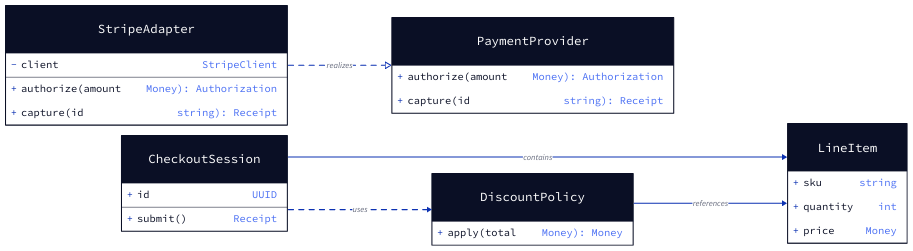
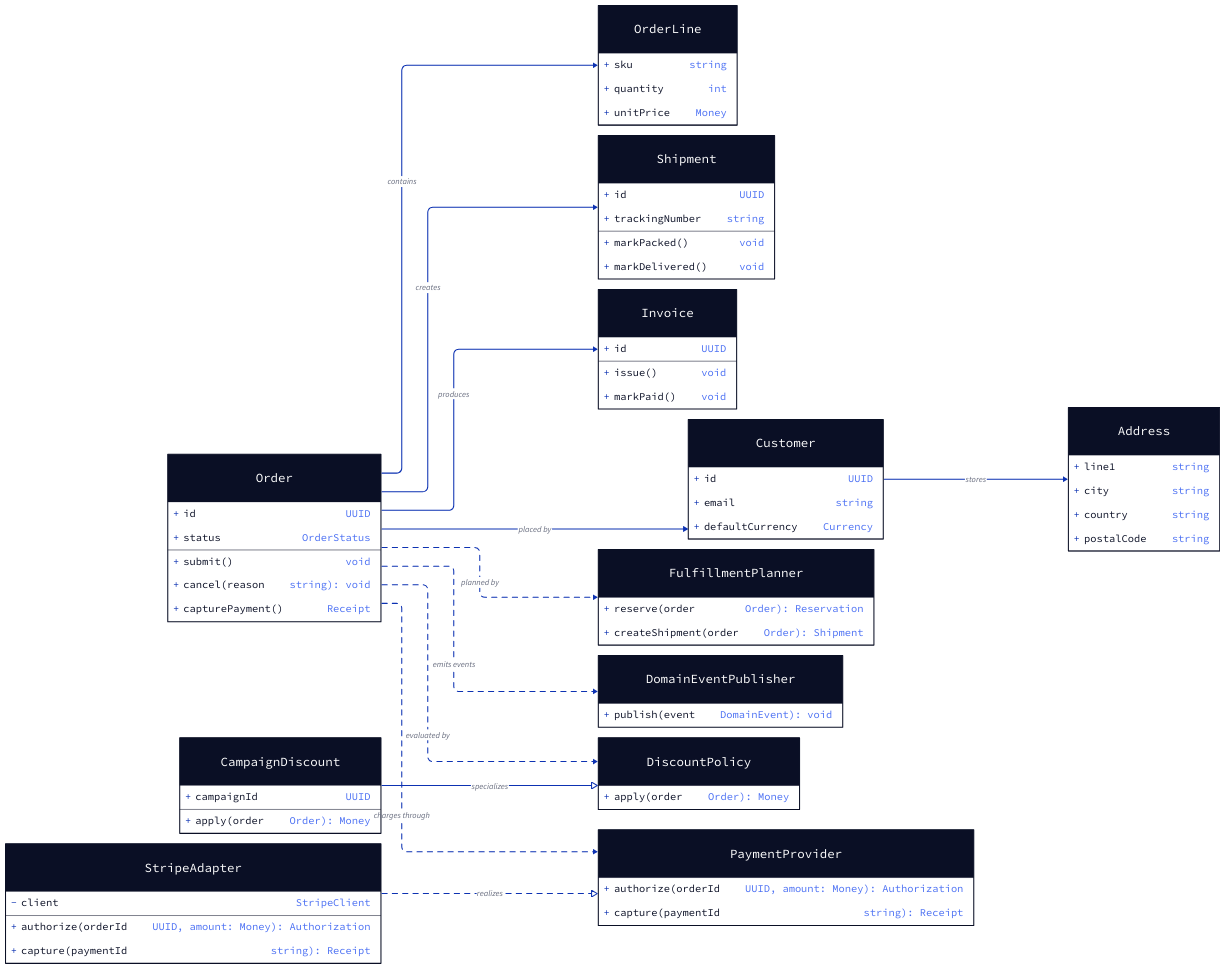
Before and after one commit to Eryc123Y/d2-diagram-skill: the diagram in examples/src/minimal-uml.d2, drawn with D2. The commit also changed 9 other files, not shown here.

Commit message:
docs: replace example set with production-grade diagrams

```diff
--- a/examples/src/minimal-uml.d2
+++ b/examples/src/minimal-uml.d2
@@ -1,64 +1,140 @@
 # DIAGRAM TYPE: UML Class Diagram
-# AUDIENCE: Developers
-# Shows: A minimal UML-style example with composition, aggregation, and realization
+# AUDIENCE: Backend and domain engineers
+# Shows: A production-grade commerce domain with aggregates, policies, fulfillment, and payment integration
 
 direction: right
 
 vars: {
   d2-config: {
     sketch: false
     theme-id: 0
     layout-engine: elk
   }
 }
 
+Customer: {
+  shape: class
+  +id: UUID
+  +email: string
+  +defaultCurrency: Currency
+}
+
+Address: {
+  shape: class
+  +line1: string
+  +city: string
+  +country: string
+  +postalCode: string
+}
+
+Order: {
+  shape: class
+  +id: UUID
+  +status: OrderStatus
+  +submit(): void
+  +cancel(reason: string): void
+  +capturePayment(): Receipt
+}
+
+OrderLine: {
+  shape: class
+  +sku: string
+  +quantity: int
+  +unitPrice: Money
+}
+
+Shipment: {
+  shape: class
+  +id: UUID
+  +trackingNumber: string
+  +markPacked(): void
+  +markDelivered(): void
+}
+
+Invoice: {
+  shape: class
+  +id: UUID
+  +issue(): void
+  +markPaid(): void
+}
+
 PaymentProvider: {
   shape: class
-  +authorize(amount: Money): Authorization
-  +capture(id: string): Receipt
+  +authorize(orderId: UUID, amount: Money): Authorization
+  +capture(paymentId: string): Receipt
 }
 
 StripeAdapter: {
   shape: class
   -client: StripeClient
-  +authorize(amount: Money): Authorization
-  +capture(id: string): Receipt
-}
-
-CheckoutSession: {
-  shape: class
-  +id: UUID
-  +submit(): Receipt
-}
-
-LineItem: {
-  shape: class
-  +sku: string
-  +quantity: int
-  +price: Money
+  +authorize(orderId: UUID, amount: Money): Authorization
+  +capture(paymentId: string): Receipt
 }
 
 DiscountPolicy: {
   shape: class
-  +apply(total: Money): Money
+  +apply(order: Order): Money
 }
 
-CheckoutSession -> LineItem: contains {
+CampaignDiscount: {
+  shape: class
+  +campaignId: UUID
+  +apply(order: Order): Money
+}
+
+FulfillmentPlanner: {
+  shape: class
+  +reserve(order: Order): Reservation
+  +createShipment(order: Order): Shipment
+}
+
+DomainEventPublisher: {
+  shape: class
+  +publish(event: DomainEvent): void
+}
+
+Order -> OrderLine: contains {
   source-arrowhead.shape: diamond
   source-arrowhead.style.filled: true
 }
 
-CheckoutSession -> DiscountPolicy: uses {
+Order -> Shipment: creates {
+  source-arrowhead.shape: diamond
+  source-arrowhead.style.filled: true
+}
+
+Order -> Invoice: produces {
+  source-arrowhead.shape: diamond
+  source-arrowhead.style.filled: true
+}
+
+Customer -> Address: stores {
+  source-arrowhead.shape: diamond
+  source-arrowhead.style.filled: false
+}
+
+Order -> Customer: placed by
+Order -> DiscountPolicy: evaluated by {
   style.stroke-dash: 5
+}
+Order -> FulfillmentPlanner: planned by {
+  style.stroke-dash: 5
+}
+Order -> DomainEventPublisher: emits events {
+  style.stroke-dash: 5
+}
+
+CampaignDiscount -> DiscountPolicy: specializes {
+  target-arrowhead.shape: triangle
+  target-arrowhead.style.filled: false
 }
 
 StripeAdapter -> PaymentProvider: realizes {
   style.stroke-dash: 5
   target-arrowhead.shape: triangle
   target-arrowhead.style.filled: false
 }
 
-DiscountPolicy -> LineItem: references {
-  source-arrowhead.shape: diamond
-  source-arrowhead.style.filled: false
+Order -> PaymentProvider: charges through {
+  style.stroke-dash: 5
 }
```
